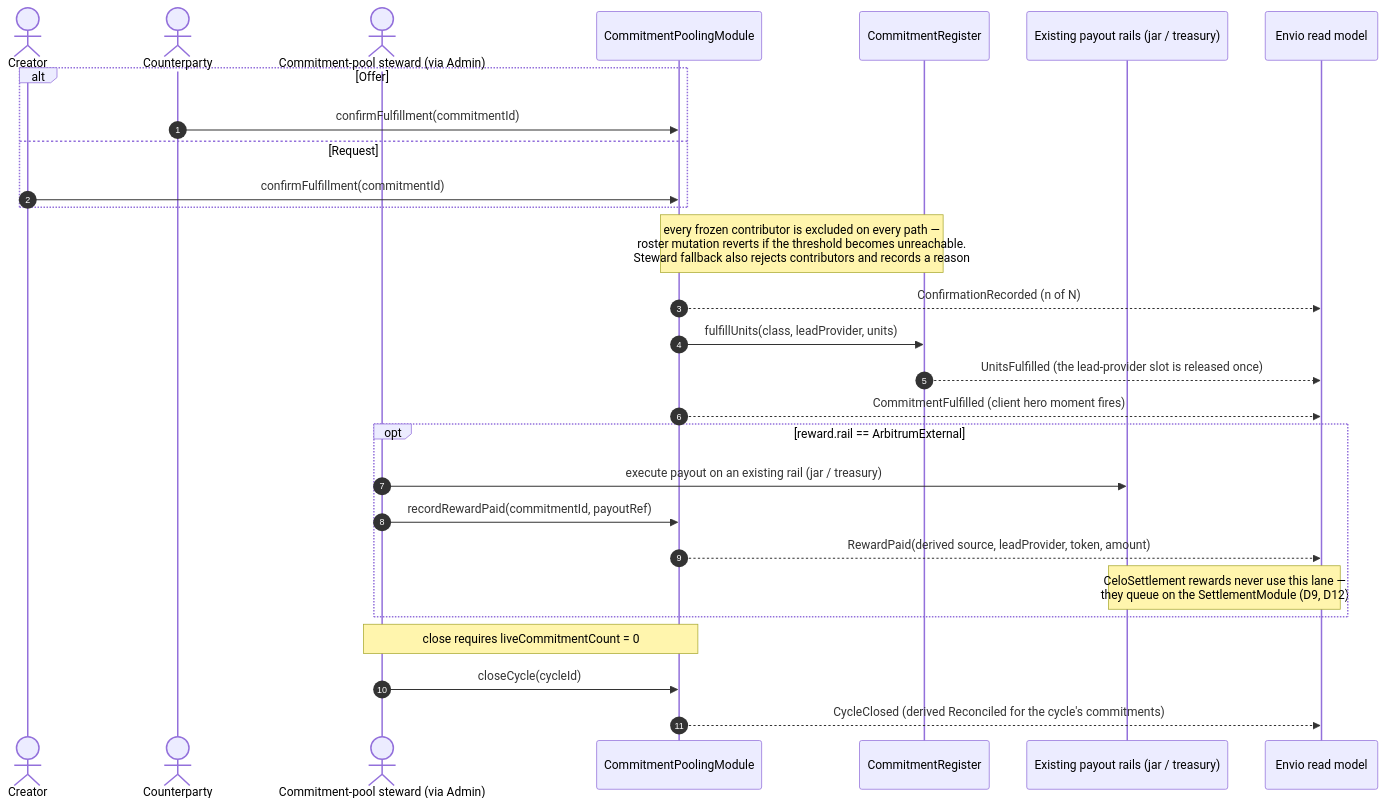
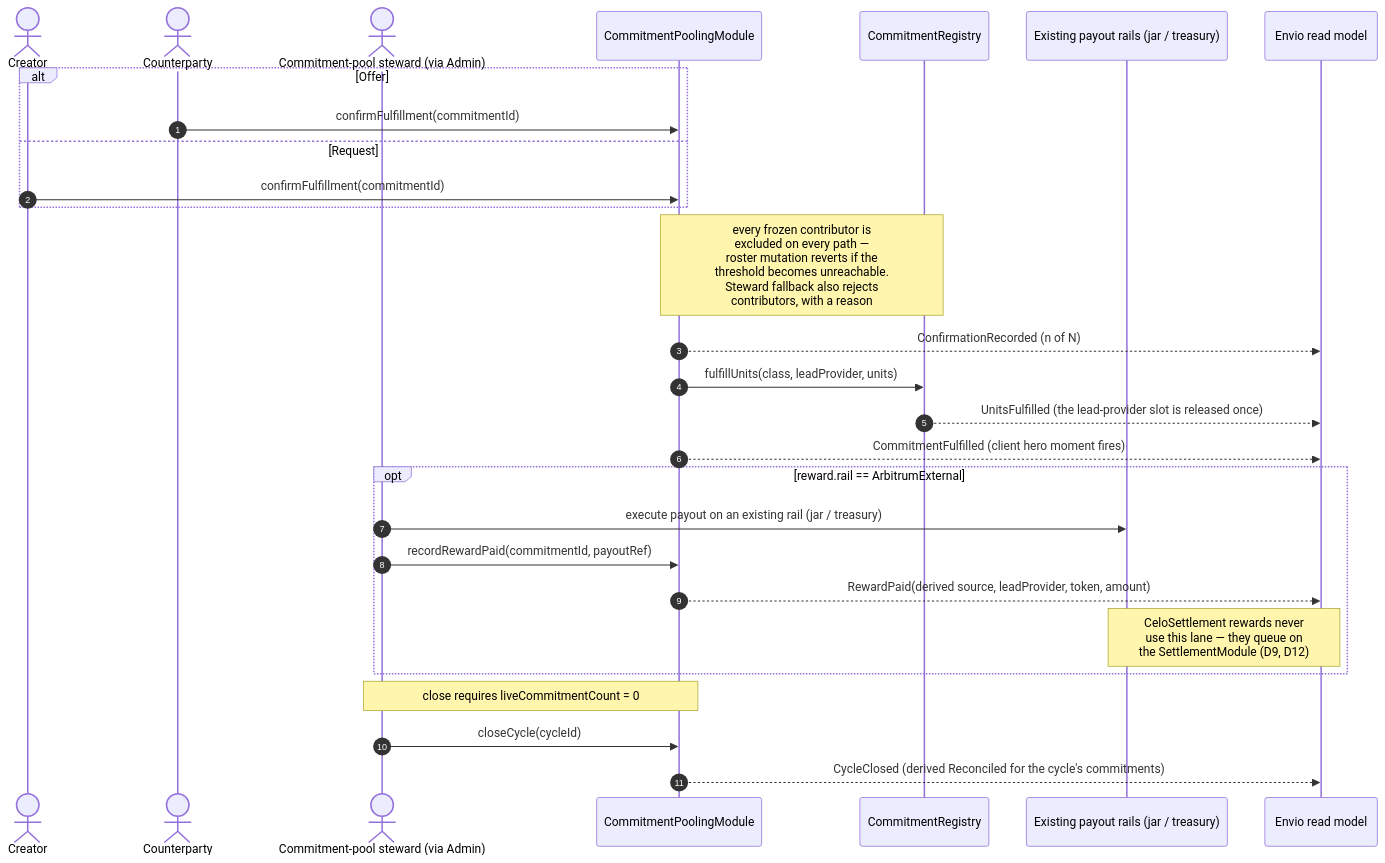
The sixth of 38 diagrams in .plans/active/commitment-pooling/diagrams.md (greenpill-dev-guild/green-goods), drawn with Mermaid before and after one commit. The commit also changed other lines of this file and 58 other files, not shown here.

````diff
--- a/.plans/active/commitment-pooling/diagrams.md
+++ b/.plans/active/commitment-pooling/diagrams.md
@@ -372,31 +385,31 @@
 ```mermaid
 sequenceDiagram
   autonumber
   actor A as Creator
   actor B as Counterparty
   actor OP as Commitment-pool steward (via Admin)
   participant M as CommitmentPoolingModule
-  participant R as CommitmentRegister
+  participant R as CommitmentRegistry
   participant RAILS as Existing payout rails (jar / treasury)
   participant IDX as Envio read model
 
   alt Offer
     B->>M: confirmFulfillment(commitmentId)
   else Request
     A->>M: confirmFulfillment(commitmentId)
   end
-  Note over M,R: every frozen contributor is excluded on every path —<br/>roster mutation reverts if the threshold becomes unreachable.<br/>Steward fallback also rejects contributors and records a reason
+  Note over M,R: every frozen contributor is<br/>excluded on every path —<br/>roster mutation reverts if the<br/>threshold becomes unreachable.<br/>Steward fallback also rejects<br/>contributors, with a reason
   M-->>IDX: ConfirmationRecorded (n of N)
   M->>R: fulfillUnits(class, leadProvider, units)
   R-->>IDX: UnitsFulfilled (the lead-provider slot is released once)
   M-->>IDX: CommitmentFulfilled (client hero moment fires)
   opt reward.rail == ArbitrumExternal
     OP->>RAILS: execute payout on an existing rail (jar / treasury)
     OP->>M: recordRewardPaid(commitmentId, payoutRef)
     M-->>IDX: RewardPaid(derived source, leadProvider, token, amount)
-    Note over RAILS,IDX: CeloSettlement rewards never use this lane —<br/>they queue on the SettlementModule (D9, D12)
+    Note over RAILS,IDX: CeloSettlement rewards never<br/>use this lane — they queue on<br/>the SettlementModule (D9, D12)
   end
   Note over OP,M: close requires liveCommitmentCount = 0
   OP->>M: closeCycle(cycleId)
   M-->>IDX: CycleClosed (derived Reconciled for the cycle's commitments)
 ```
````
